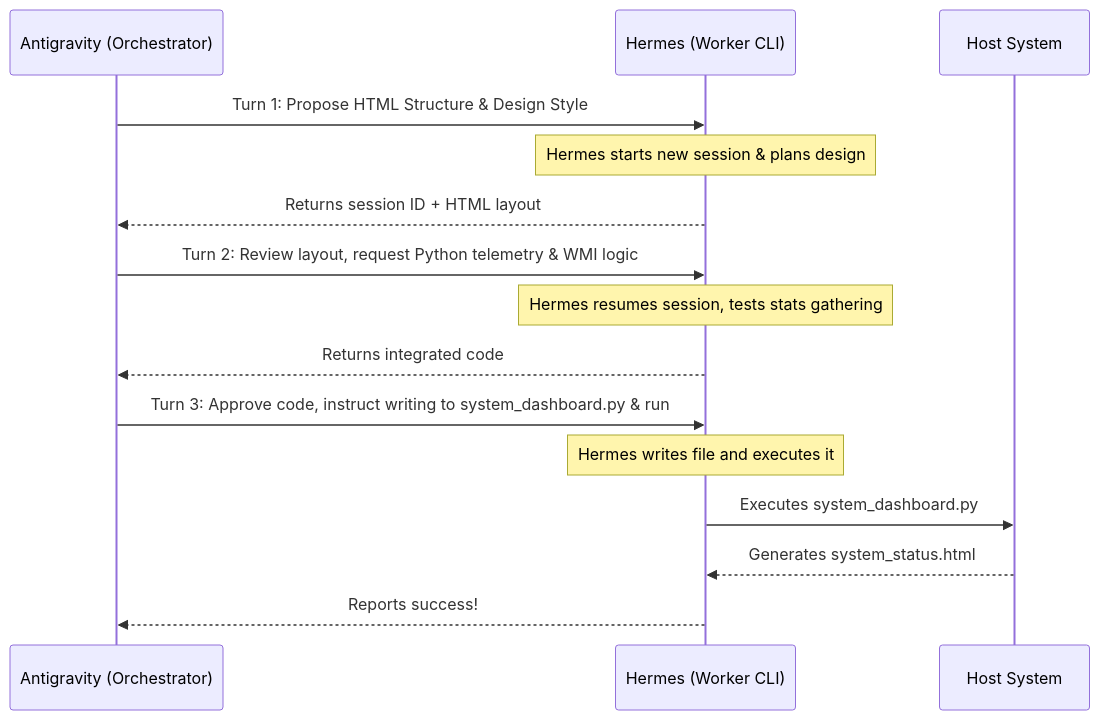
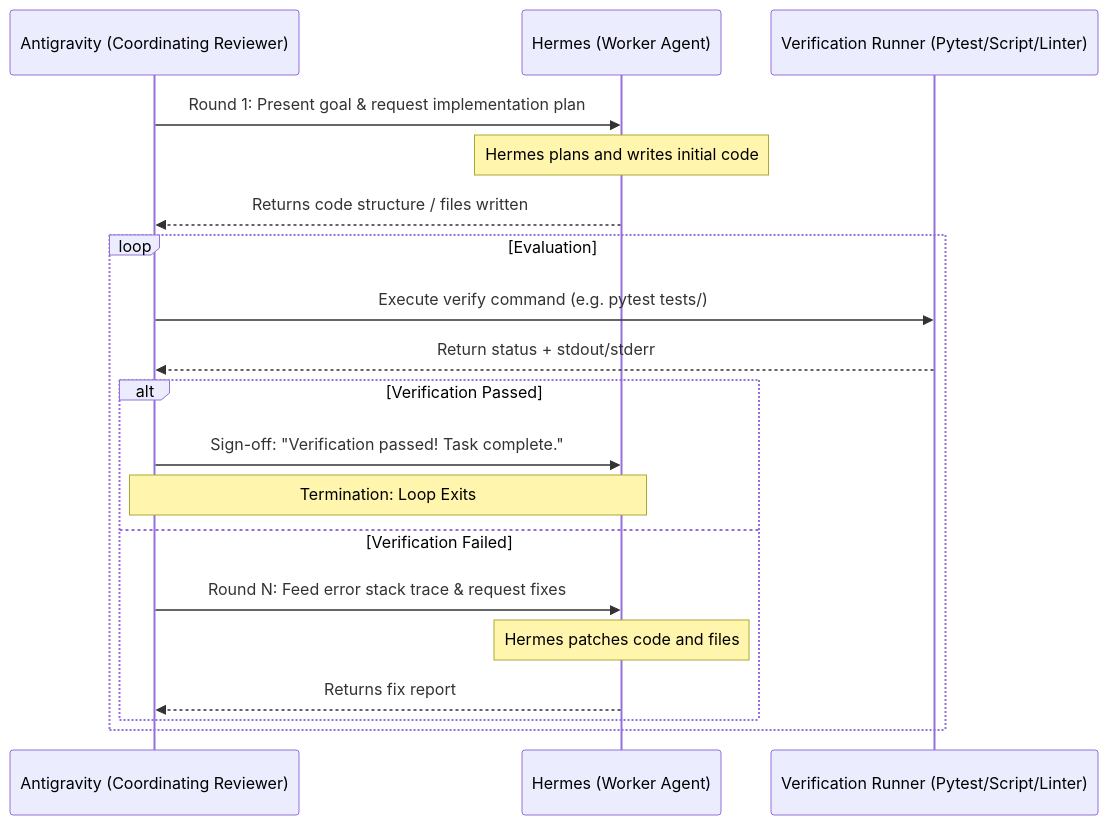
The diagram in README.md (timsonner/antigravity-hermes-collab), drawn with Mermaid before and after one commit. The commit also changed other lines of this file and 5 other files, not shown here.

Commit message:
refactor: pivot to task-agnostic multi-agent TDD collaboration framework

````diff
--- a/README.md
+++ b/README.md
@@ -19,20 +11,23 @@
 ```mermaid
 sequenceDiagram
-    participant A as Antigravity (Orchestrator)
-    participant H as Hermes (Worker CLI)
-    participant S as Host System
+    participant A as Antigravity (Coordinating Reviewer)
+    participant H as Hermes (Worker Agent)
+    participant V as Verification Runner (Pytest/Script/Linter)
     
-    A->>H: Turn 1: Propose HTML Structure & Design Style
-    Note over H: Hermes starts new session & plans design
-    H-->>A: Returns session ID + HTML layout
+    A->>H: Round 1: Present goal & request implementation plan
+    Note over H: Hermes plans and writes initial code
+    H-->>A: Returns code structure / files written
     
-    A->>H: Turn 2: Review layout, request Python telemetry & WMI logic
-    Note over H: Hermes resumes session, tests stats gathering
-    H-->>A: Returns integrated code
-    
-    A->>H: Turn 3: Approve code, instruct writing to system_dashboard.py & run
-    Note over H: Hermes writes file and executes it
-    H->>S: Executes system_dashboard.py
-    S-->>H: Generates system_status.html
-    H-->>A: Reports success!
+    loop Evaluation
+        A->>V: Execute verify command (e.g. pytest tests/)
+        V-->>A: Return status + stdout/stderr
+        alt Verification Passed
+            A->>H: Sign-off: "Verification passed! Task complete."
+            Note over A,H: Termination: Loop Exits
+        else Verification Failed
+            A->>H: Round N: Feed error stack trace & request fixes
+            Note over H: Hermes patches code and files
+            H-->>A: Returns fix report
+        end
+    end
 ```
````
